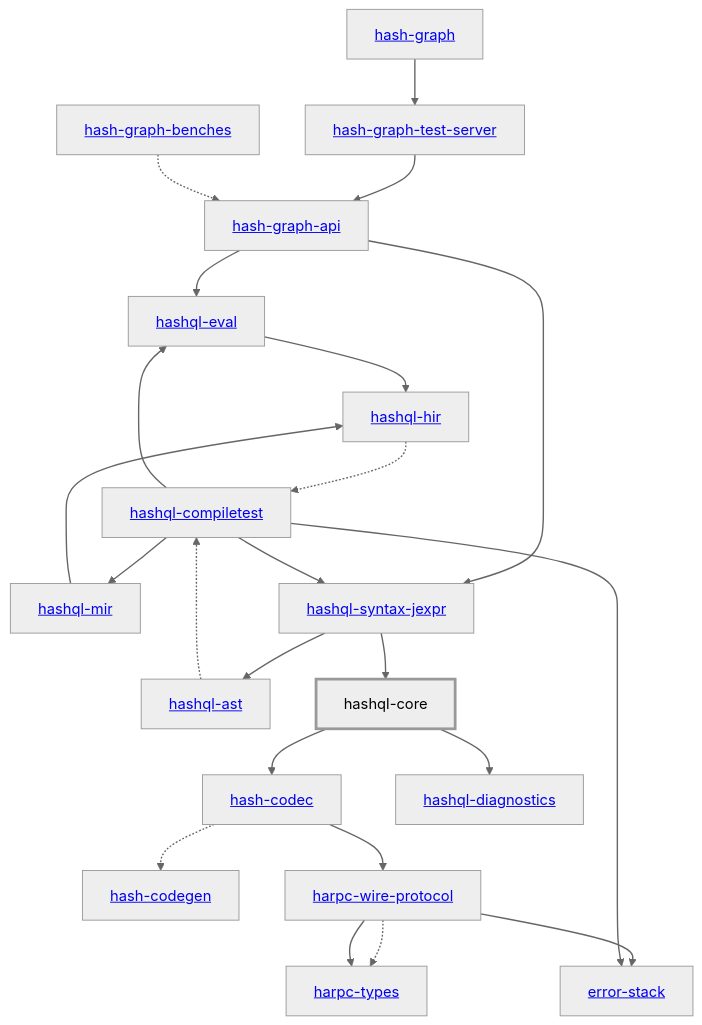
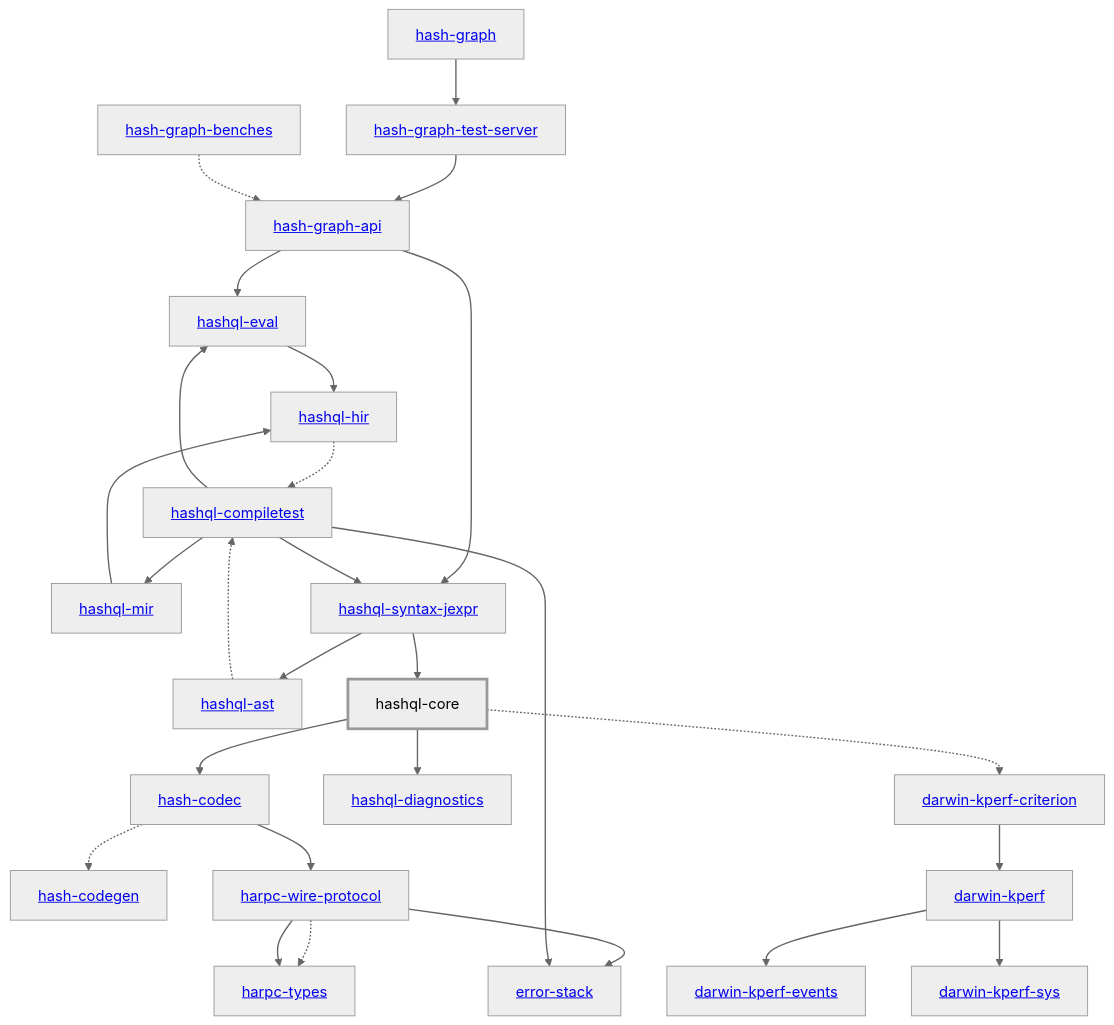
The diagram in libs/@local/hashql/core/docs/dependency-diagram.mmd (hashintel/hash), drawn with Mermaid (neutral theme) before and after one commit. The commit also changed 15 other files, not shown here.

Commit message:
chore: generate turborepo + dependency diagram

```diff
--- a/libs/@local/hashql/core/docs/dependency-diagram.mmd
+++ b/libs/@local/hashql/core/docs/dependency-diagram.mmd
@@ -1,50 +1,58 @@
 graph TD
     linkStyle default stroke-width:1.5px
     classDef default stroke-width:1px
     classDef root stroke-width:3px
     classDef dev stroke-width:1px
     classDef build stroke-width:1px
     %% Legend
     %% --> : Normal dependency
     %% -.-> : Dev dependency
     %% ---> : Build dependency
     0[<a href="../hash_graph/index.html">hash-graph</a>]
     1[<a href="../hash_codec/index.html">hash-codec</a>]
     2[<a href="../hash_codegen/index.html">hash-codegen</a>]
     3[<a href="../hash_graph_api/index.html">hash-graph-api</a>]
     4[<a href="../hash_graph_test_server/index.html">hash-graph-test-server</a>]
     5[<a href="../harpc_types/index.html">harpc-types</a>]
     6[<a href="../harpc_wire_protocol/index.html">harpc-wire-protocol</a>]
     7[<a href="../hashql_ast/index.html">hashql-ast</a>]
     8[<a href="../hashql_compiletest/index.html">hashql-compiletest</a>]
     9[hashql-core]
     class 9 root
     10[<a href="../hashql_diagnostics/index.html">hashql-diagnostics</a>]
     11[<a href="../hashql_eval/index.html">hashql-eval</a>]
     12[<a href="../hashql_hir/index.html">hashql-hir</a>]
     13[<a href="../hashql_mir/index.html">hashql-mir</a>]
     14[<a href="../hashql_syntax_jexpr/index.html">hashql-syntax-jexpr</a>]
-    15[<a href="../error_stack/index.html">error-stack</a>]
-    16[<a href="../hash_graph_benches/index.html">hash-graph-benches</a>]
+    15[<a href="../darwin_kperf/index.html">darwin-kperf</a>]
+    16[<a href="../darwin_kperf_criterion/index.html">darwin-kperf-criterion</a>]
+    17[<a href="../darwin_kperf_events/index.html">darwin-kperf-events</a>]
+    18[<a href="../darwin_kperf_sys/index.html">darwin-kperf-sys</a>]
+    19[<a href="../error_stack/index.html">error-stack</a>]
+    20[<a href="../hash_graph_benches/index.html">hash-graph-benches</a>]
     0 --> 4
     1 -.-> 2
     1 --> 6
     3 --> 11
     3 --> 14
     4 --> 3
     6 -.-> 5
     6 --> 5
-    6 --> 15
+    6 --> 19
     7 -.-> 8
     8 --> 11
     8 --> 13
     8 --> 14
-    8 --> 15
+    8 --> 19
     9 --> 1
     9 --> 10
+    9 -.-> 16
     11 --> 12
     12 -.-> 8
     13 --> 12
     14 --> 7
     14 --> 9
-    16 -.-> 3
+    15 --> 17
+    15 --> 18
+    16 --> 15
+    20 -.-> 3
```
